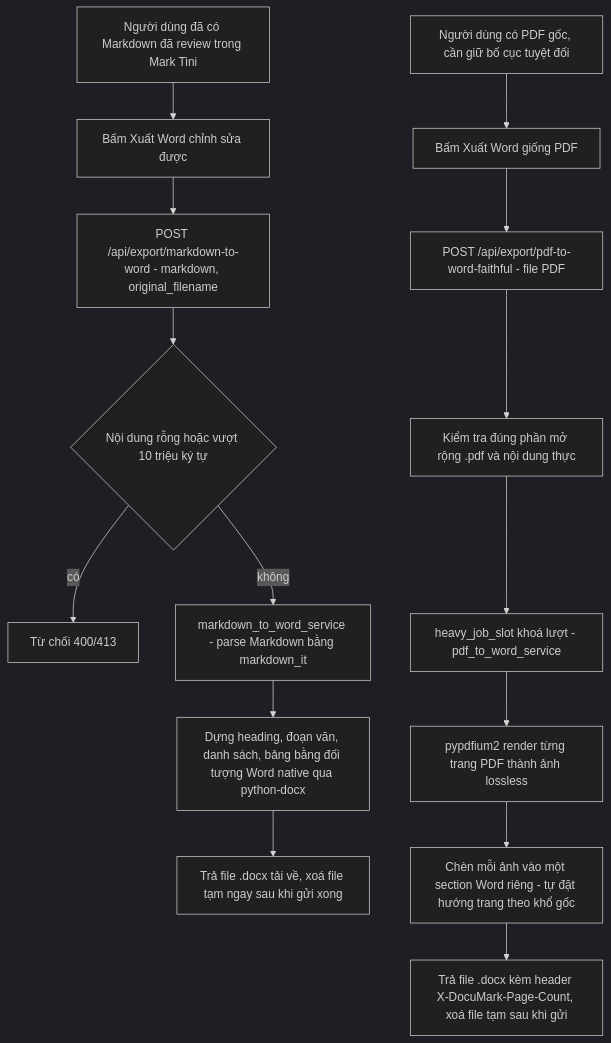
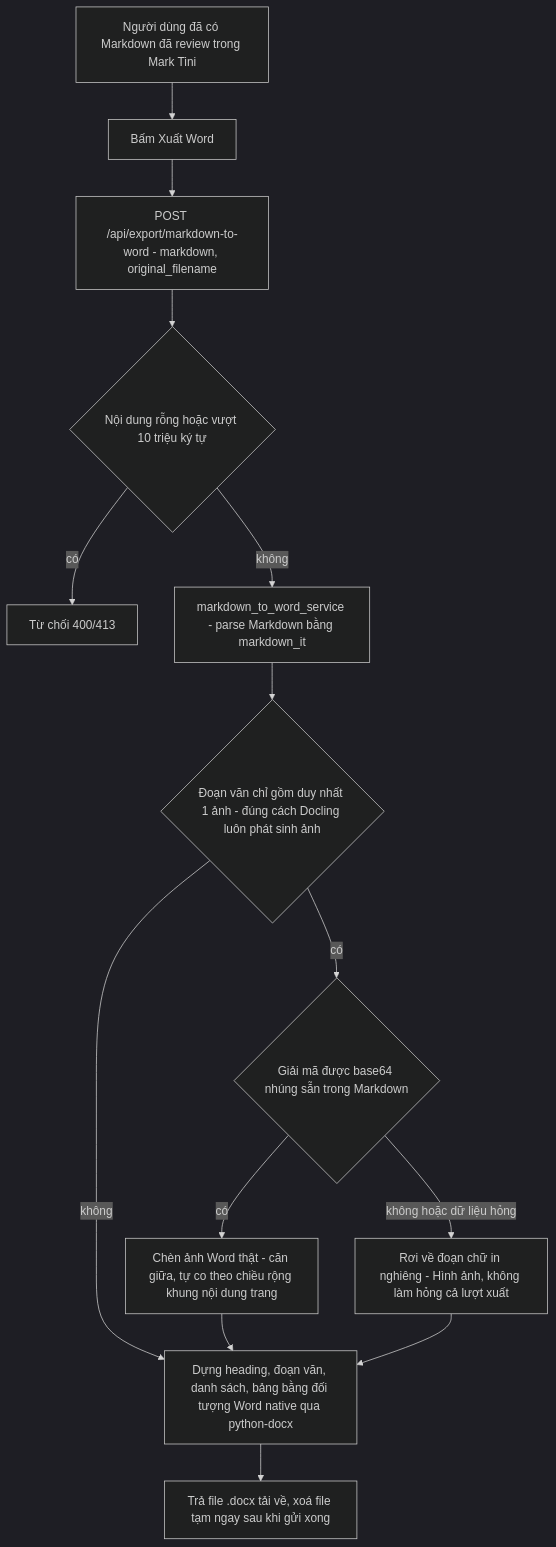
One commit to danghoangsqtt-sys/dhsystem_mdconverter changed diagram 14 of 15 in docs/bao-cao-ky-thuat-v1.6.0.md. Above: the diagram before and after it, drawn with Mermaid (dark theme). The commit also changed other lines of this file and 77 other files, not shown here.

````diff
--- a/docs/bao-cao-ky-thuat-v1.6.0.md
+++ b/docs/bao-cao-ky-thuat-v1.6.0.md
@@ -410,18 +409,16 @@
 ```mermaid
 flowchart TD
-    A[Người dùng đã có Markdown đã review trong Mark Tini] --> B[Bấm Xuất Word chỉnh sửa được]
+    A[Người dùng đã có Markdown đã review trong Mark Tini] --> B[Bấm Xuất Word]
     B --> C[POST /api/export/markdown-to-word - markdown, original_filename]
     C --> D{Nội dung rỗng hoặc vượt 10 triệu ký tự}
     D -- có --> D1[Từ chối 400/413]
     D -- không --> E[markdown_to_word_service - parse Markdown bằng markdown_it]
-    E --> F[Dựng heading, đoạn văn, danh sách, bảng bằng đối tượng Word native qua python-docx]
-    F --> G[Trả file .docx tải về, xoá file tạm ngay sau khi gửi xong]
-
-    H[Người dùng có PDF gốc, cần giữ bố cục tuyệt đối] --> I[Bấm Xuất Word giống PDF]
-    I --> J[POST /api/export/pdf-to-word-faithful - file PDF]
-    J --> K[Kiểm tra đúng phần mở rộng .pdf và nội dung thực]
-    K --> L[heavy_job_slot khoá lượt - pdf_to_word_service]
-    L --> M[pypdfium2 render từng trang PDF thành ảnh lossless]
-    M --> N[Chèn mỗi ảnh vào một section Word riêng - tự đặt hướng trang theo khổ gốc]
-    N --> O[Trả file .docx kèm header X-DocuMark-Page-Count, xoá file tạm sau khi gửi]
+    E --> F{Đoạn văn chỉ gồm duy nhất 1 ảnh - đúng cách Docling luôn phát sinh ảnh}
+    F -- có --> F1{Giải mã được base64 nhúng sẵn trong Markdown}
+    F1 -- có --> F2[Chèn ảnh Word thật - căn giữa, tự co theo chiều rộng khung nội dung trang]
+    F1 -- không hoặc dữ liệu hỏng --> F3[Rơi về đoạn chữ in nghiêng - Hình ảnh, không làm hỏng cả lượt xuất]
+    F -- không --> G[Dựng heading, đoạn văn, danh sách, bảng bằng đối tượng Word native qua python-docx]
+    F2 --> G
+    F3 --> G
+    G --> H[Trả file .docx tải về, xoá file tạm ngay sau khi gửi xong]
 ```
````
